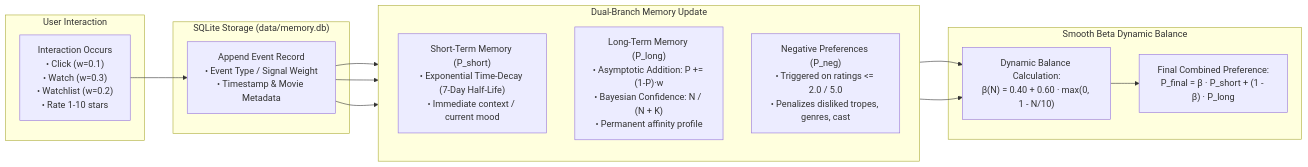
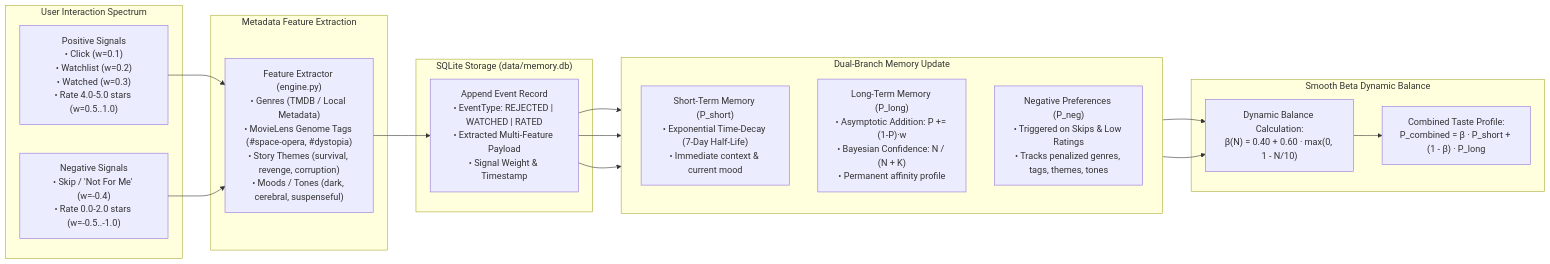
Before and after one commit to LiliesInLakes/techquest: the second of 4 diagrams in ARCHITECTURE.md, drawn with Mermaid. The commit also changed other lines of this file and 15 other files, not shown here.

````diff
--- a/ARCHITECTURE.md
+++ b/ARCHITECTURE.md
@@ -121,31 +137,38 @@
 ```mermaid
 flowchart LR
-    subgraph UserAction ["User Interaction"]
-        Act["Interaction Occurs\n• Click (w=0.1)\n• Watch (w=0.3)\n• Watchlist (w=0.2)\n• Rate 1-10 stars"]
+    subgraph UserAction ["User Interaction Spectrum"]
+        PosAct["Positive Signals\n• Click (w=0.1)\n• Watchlist (w=0.2)\n• Watched (w=0.3)\n• Rate 4.0-5.0 stars (w=0.5..1.0)"]
+        RejAct["Negative Signals\n• Skip / 'Not For Me' (w=-0.4)\n• Rate 0.0-2.0 stars (w=-0.5..-1.0)"]
+    end
+
+    subgraph FeatureExtractor ["Metadata Feature Extraction"]
+        Ext["Feature Extractor (engine.py)\n• Genres (TMDB / Local Metadata)\n• MovieLens Genome Tags (#space-opera, #dystopia)\n• Story Themes (survival, revenge, corruption)\n• Moods / Tones (dark, cerebral, suspenseful)"]
     end
 
     subgraph DatabaseLedger ["SQLite Storage (data/memory.db)"]
-        Ledger["Append Event Record\n• Event Type / Signal Weight\n• Timestamp & Movie Metadata"]
+        Ledger["Append Event Record\n• EventType: REJECTED | WATCHED | RATED\n• Extracted Multi-Feature Payload\n• Signal Weight & Timestamp"]
     end
 
     subgraph DualMemoryUpdate ["Dual-Branch Memory Update"]
         direction TB
-        ShortTerm["Short-Term Memory (P_short)\n• Exponential Time-Decay (7-Day Half-Life)\n• Immediate context / current mood"]
+        ShortTerm["Short-Term Memory (P_short)\n• Exponential Time-Decay (7-Day Half-Life)\n• Immediate context & current mood"]
         LongTerm["Long-Term Memory (P_long)\n• Asymptotic Addition: P += (1-P)·w\n• Bayesian Confidence: N / (N + K)\n• Permanent affinity profile"]
-        Negative["Negative Preferences (P_neg)\n• Triggered on ratings <= 2.0 / 5.0\n• Penalizes disliked tropes, genres, cast"]
+        Negative["Negative Preferences (P_neg)\n• Triggered on Skips & Low Ratings\n• Tracks penalized genres, tags, themes, tones"]
     end
 
     subgraph BlendingEngine ["Smooth Beta Dynamic Balance"]
         BetaCalc["Dynamic Balance Calculation:\nβ(N) = 0.40 + 0.60 · max(0, 1 - N/10)"]
-        Combined["Final Combined Preference:\nP_final = β · P_short + (1 - β) · P_long"]
+        Combined["Combined Taste Profile:\nP_combined = β · P_short + (1 - β) · P_long"]
     end
 
-    Act --> Ledger
+    PosAct --> Ext
+    RejAct --> Ext
+    Ext --> Ledger
     Ledger --> ShortTerm
     Ledger --> LongTerm
     Ledger --> Negative
 
     ShortTerm --> BetaCalc
     LongTerm --> BetaCalc
     BetaCalc --> Combined
 ```
````
